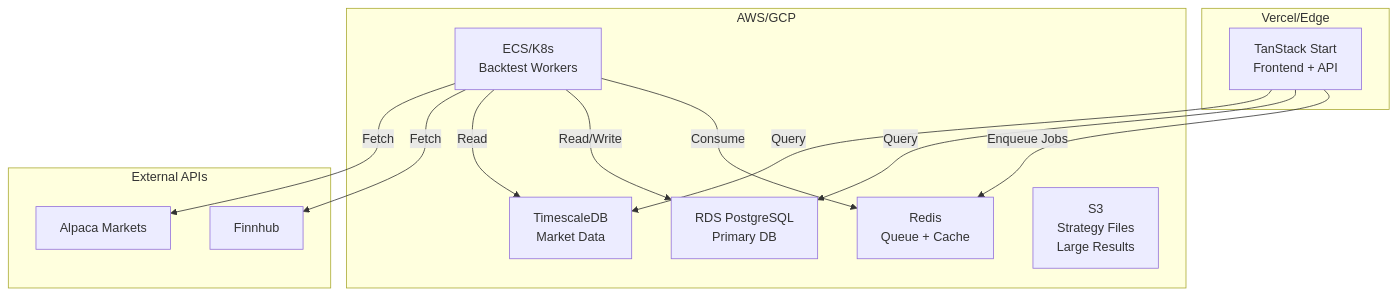
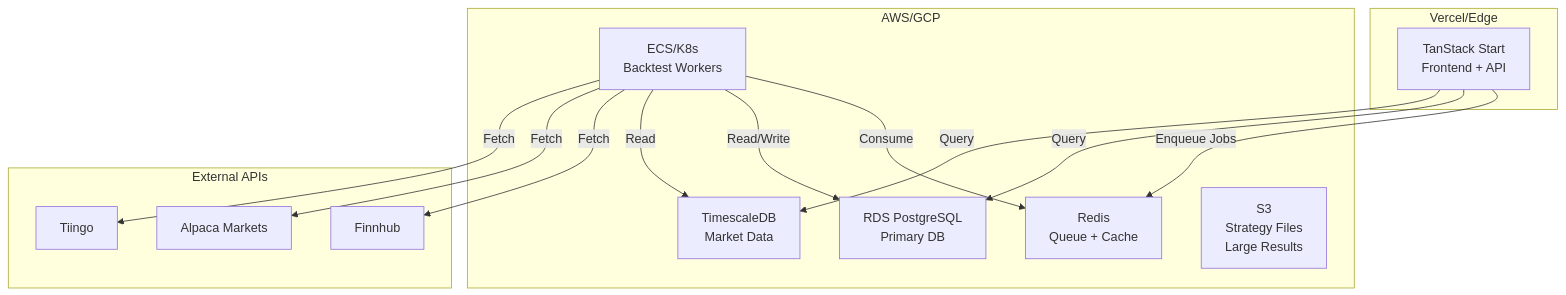
The eighth of 8 diagrams in system_design.md (huydhoang/quantlens-docs), drawn with Mermaid before and after one commit. The commit also changed other lines of this file and 3 other files, not shown here.

````diff
--- a/system_design.md
+++ b/system_design.md
@@ -332,30 +336,32 @@
 ```mermaid
 graph TB
     subgraph "Vercel/Edge"
         A[TanStack Start<br/>Frontend + API]
     end
     
     subgraph "AWS/GCP"
         B[ECS/K8s<br/>Backtest Workers]
         C[Redis<br/>Queue + Cache]
         
         D[RDS PostgreSQL<br/>Primary DB]
         E[TimescaleDB<br/>Market Data]
         
         F[S3<br/>Strategy Files<br/>Large Results]
     end
     
     subgraph "External APIs"
         G[Finnhub]
         H[Alpaca Markets]
+        TI[Tiingo]
     end
-    
+
     A -->|Enqueue Jobs| C
     B -->|Consume| C
     B -->|Read/Write| D
     B -->|Read| E
     B -->|Fetch| G
     B -->|Fetch| H
+    B -->|Fetch| TI
     A -->|Query| D
     A -->|Query| E
 ```
````
